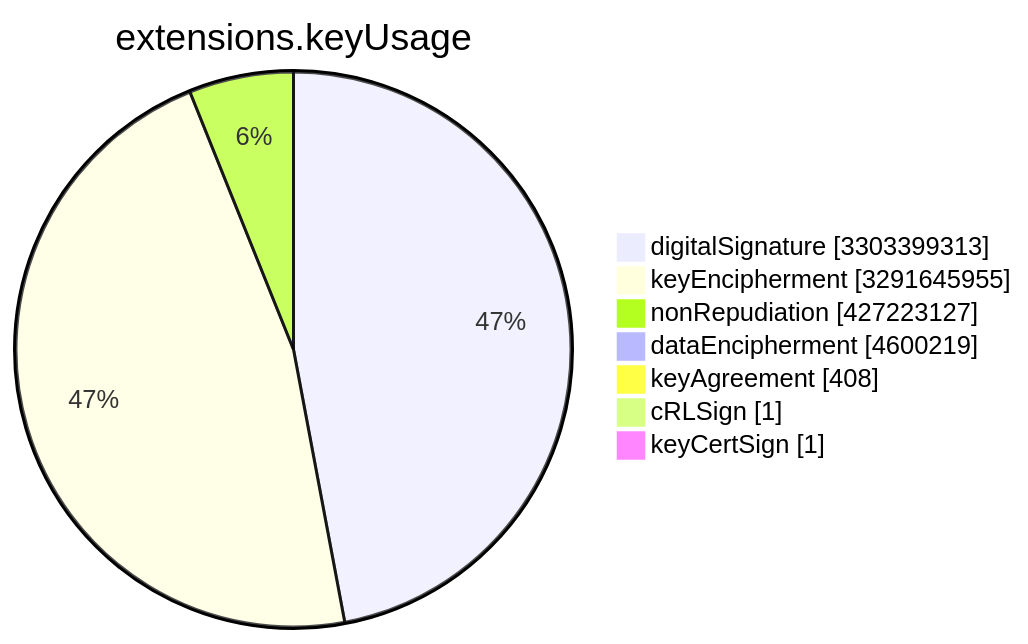
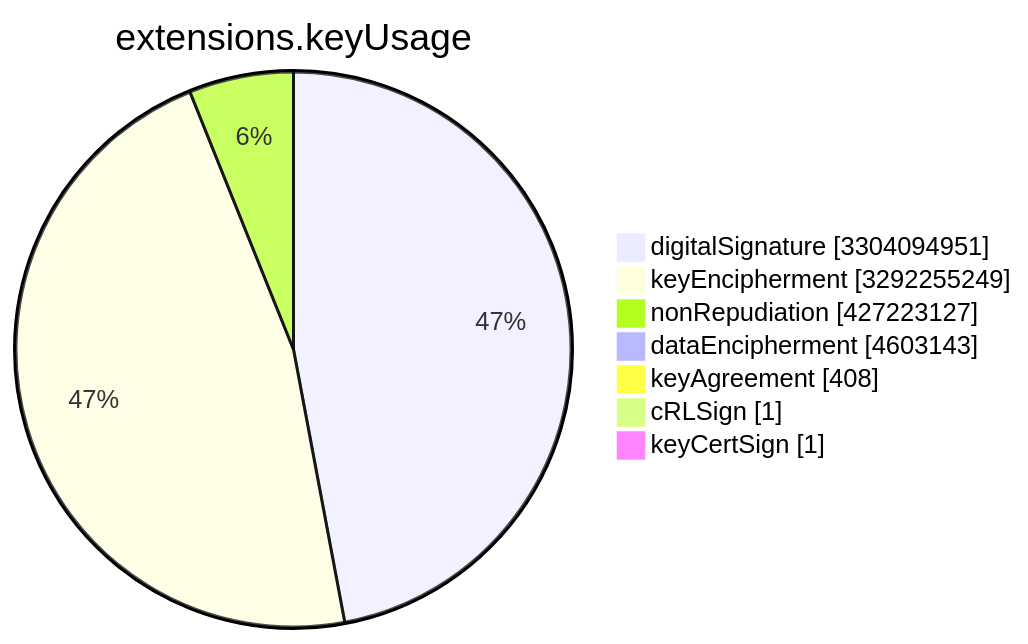
One commit to christiankrug/ctmonitor_visualization changed the sixth of 15 diagrams in TOTAL/README.md. Above: the diagram before and after it, drawn with Mermaid. The commit also changed other lines of this file, not shown here.

````diff
--- a/TOTAL/README.md
+++ b/TOTAL/README.md
@@ -3078,11 +3078,11 @@
 ```mermaid
 pie showData
 title extensions.keyUsage
-"digitalSignature" :3303399313
-"keyEncipherment" :3291645955
+"digitalSignature" :3304094951
+"keyEncipherment" :3292255249
 "nonRepudiation" :427223127
-"dataEncipherment" :4600219
+"dataEncipherment" :4603143
 "keyAgreement" :408
 "cRLSign" :1
 "keyCertSign" :1
 ```
````
